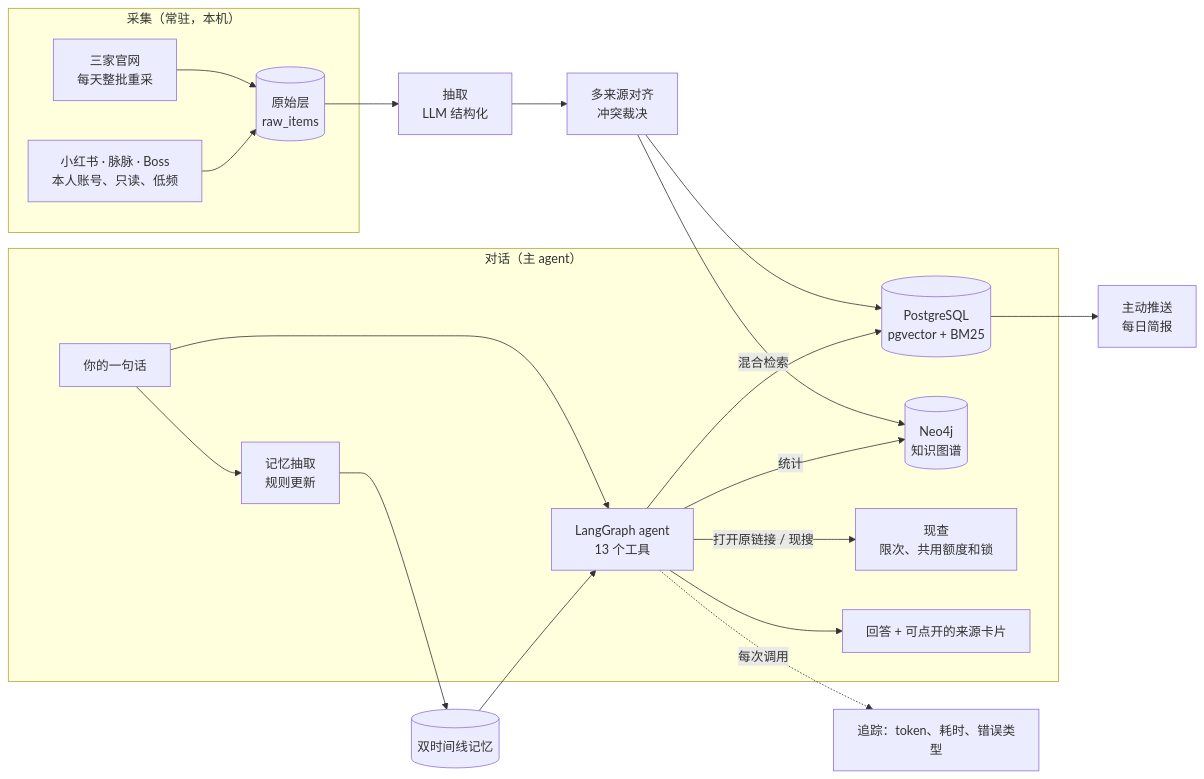
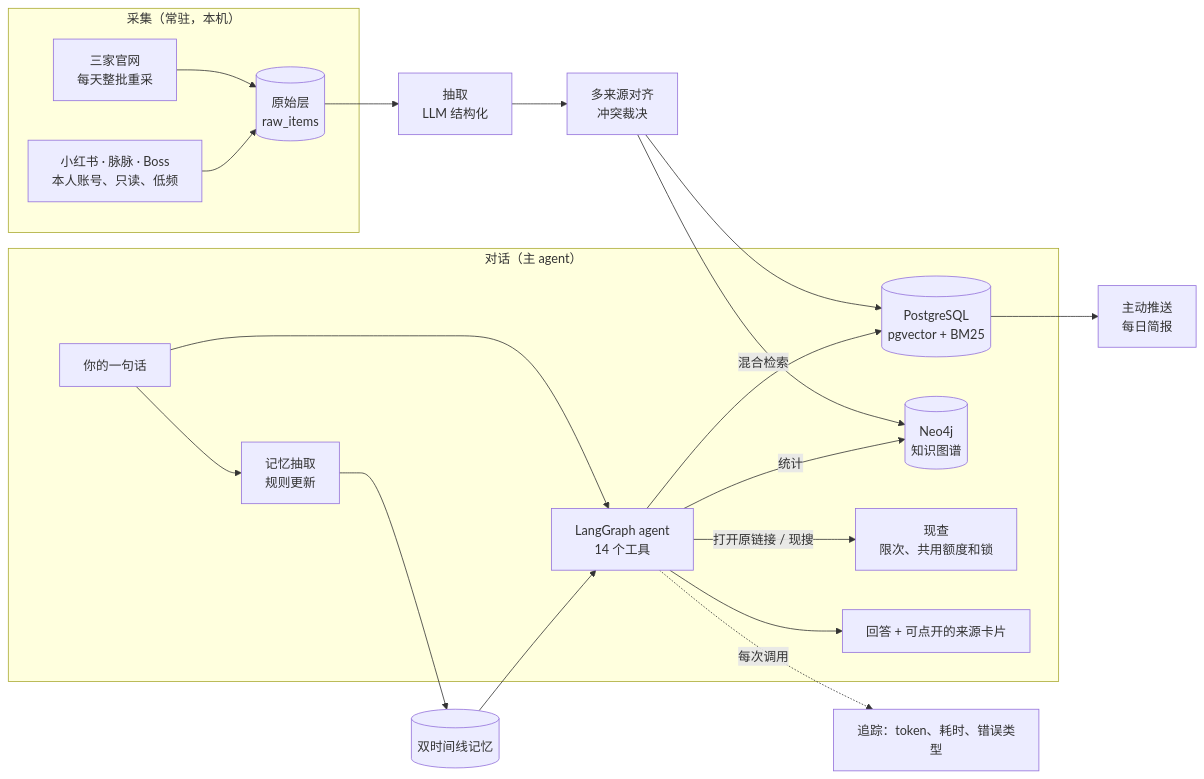
Before and after one commit to duoduo-cell/polaris: the diagram in README.md, drawn with Mermaid. The commit also changed 21 other files, not shown here.

Commit message:
修复图文面经证据与轮次归属，校正背景统计和验收失败处理

````diff
--- a/README.md
+++ b/README.md
@@ -23,21 +23,21 @@
 ```mermaid
 flowchart LR
   subgraph 采集["采集（常驻，本机）"]
     A1[三家官网<br/>每天整批重采] --> R[(原始层<br/>raw_items)]
     A2[小红书 · 脉脉 · Boss<br/>本人账号、只读、低频] --> R
   end
   R --> E[抽取<br/>LLM 结构化] --> AL[多来源对齐<br/>冲突裁决]
   AL --> DB[(PostgreSQL<br/>pgvector + BM25)]
   AL --> G[(Neo4j<br/>知识图谱)]
   subgraph 对话["对话（主 agent）"]
-    U[你的一句话] --> M[记忆抽取<br/>规则更新] & AG[LangGraph agent<br/>13 个工具]
+    U[你的一句话] --> M[记忆抽取<br/>规则更新] & AG[LangGraph agent<br/>14 个工具]
     AG -->|混合检索| DB
     AG -->|统计| G
     AG -->|打开原链接 / 现搜| L[现查<br/>限次、共用额度和锁]
     AG --> C[回答 + 可点开的来源卡片]
   end
   M --> MEM[(双时间线记忆)]
   MEM --> AG
   DB --> P[主动推送<br/>每日简报]
   AG -.每次调用.-> T[追踪：token、耗时、错误类型]
 ```
````
